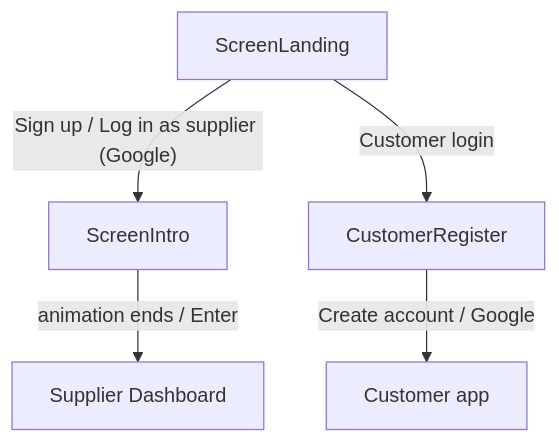
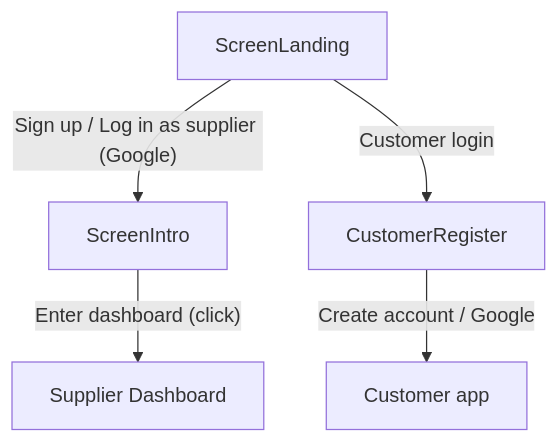
Before and after one commit to Rectifier09/SourceSutra: the second of 9 diagrams in userjourney.md, drawn with Mermaid. The commit also changed other lines of this file and 3 other files, not shown here.

````diff
--- a/userjourney.md
+++ b/userjourney.md
@@ -107,7 +107,7 @@
 ```mermaid
 flowchart TD
   L[ScreenLanding] -->|"Sign up / Log in as supplier (Google)"| SI[ScreenIntro]
   L -->|"Customer login"| CR[CustomerRegister]
-  SI -->|animation ends / Enter| DASH[Supplier Dashboard]
+  SI -->|"Enter dashboard (click)"| DASH[Supplier Dashboard]
   CR -->|Create account / Google| CUST[Customer app]
 ```
````
